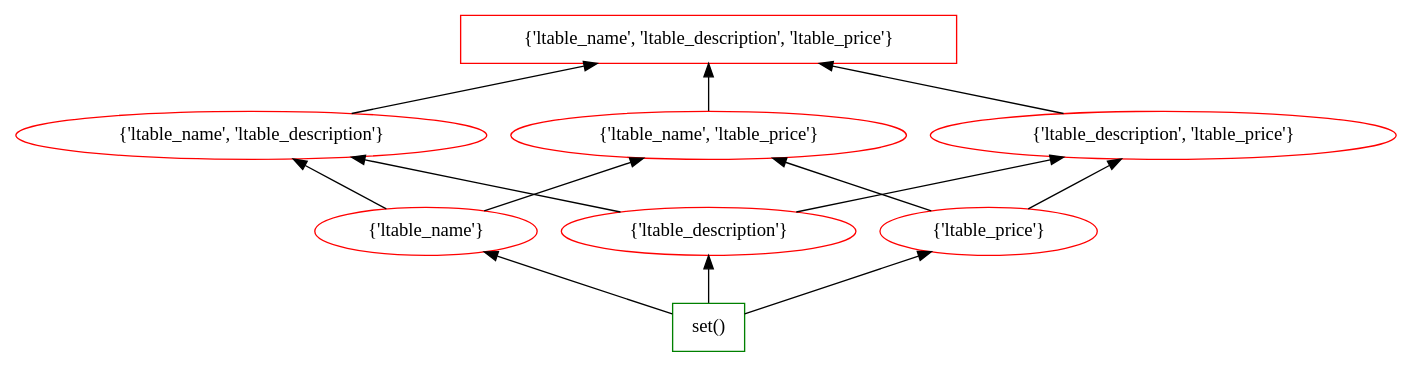
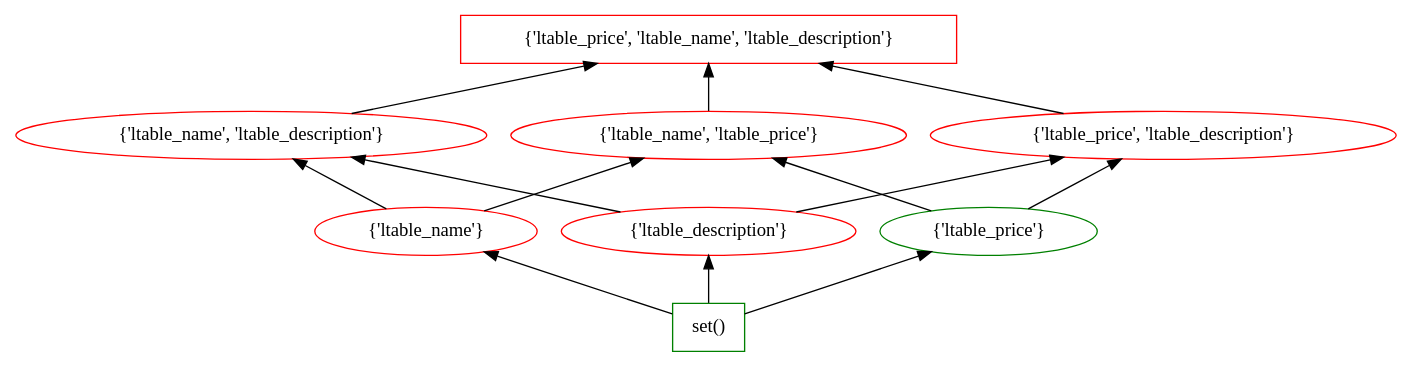
Before and after one commit to tteofili/certem: the diagram in data_new/AB/Ditto/3/lattice_3.dot, drawn with Graphviz. The commit also changed 1253 other files, not shown here.

```diff
--- a/data_new/AB/Ditto/3/lattice_3.dot
+++ b/data_new/AB/Ditto/3/lattice_3.dot
@@ -1,26 +1,26 @@
 digraph G {
 splines="line"
 rankdir=BT
-"{'ltable_name', 'ltable_description', 'ltable_price'}" [shape=box];
+"{'ltable_price', 'ltable_name', 'ltable_description'}" [shape=box];
 "set()" [shape=box];
 "set()" [color=green];
 "set()" -> "{'ltable_name'}";
 "set()" -> "{'ltable_description'}";
 "set()" -> "{'ltable_price'}";
 "{'ltable_name'}" [color=red];
 "{'ltable_name'}" -> "{'ltable_name', 'ltable_description'}";
 "{'ltable_name'}" -> "{'ltable_name', 'ltable_price'}";
 "{'ltable_description'}" [color=red];
 "{'ltable_description'}" -> "{'ltable_name', 'ltable_description'}";
-"{'ltable_description'}" -> "{'ltable_description', 'ltable_price'}";
-"{'ltable_price'}" [color=red];
+"{'ltable_description'}" -> "{'ltable_price', 'ltable_description'}";
+"{'ltable_price'}" [color=green];
 "{'ltable_price'}" -> "{'ltable_name', 'ltable_price'}";
-"{'ltable_price'}" -> "{'ltable_description', 'ltable_price'}";
+"{'ltable_price'}" -> "{'ltable_price', 'ltable_description'}";
 "{'ltable_name', 'ltable_description'}" [color=red];
-"{'ltable_name', 'ltable_description'}" -> "{'ltable_name', 'ltable_description', 'ltable_price'}";
+"{'ltable_name', 'ltable_description'}" -> "{'ltable_price', 'ltable_name', 'ltable_description'}";
 "{'ltable_name', 'ltable_price'}" [color=red];
-"{'ltable_name', 'ltable_price'}" -> "{'ltable_name', 'ltable_description', 'ltable_price'}";
-"{'ltable_description', 'ltable_price'}" [color=red];
-"{'ltable_description', 'ltable_price'}" -> "{'ltable_name', 'ltable_description', 'ltable_price'}";
-"{'ltable_name', 'ltable_description', 'ltable_price'}" [color=red];
+"{'ltable_name', 'ltable_price'}" -> "{'ltable_price', 'ltable_name', 'ltable_description'}";
+"{'ltable_price', 'ltable_description'}" [color=red];
+"{'ltable_price', 'ltable_description'}" -> "{'ltable_price', 'ltable_name', 'ltable_description'}";
+"{'ltable_price', 'ltable_name', 'ltable_description'}" [color=red];
 }
```
